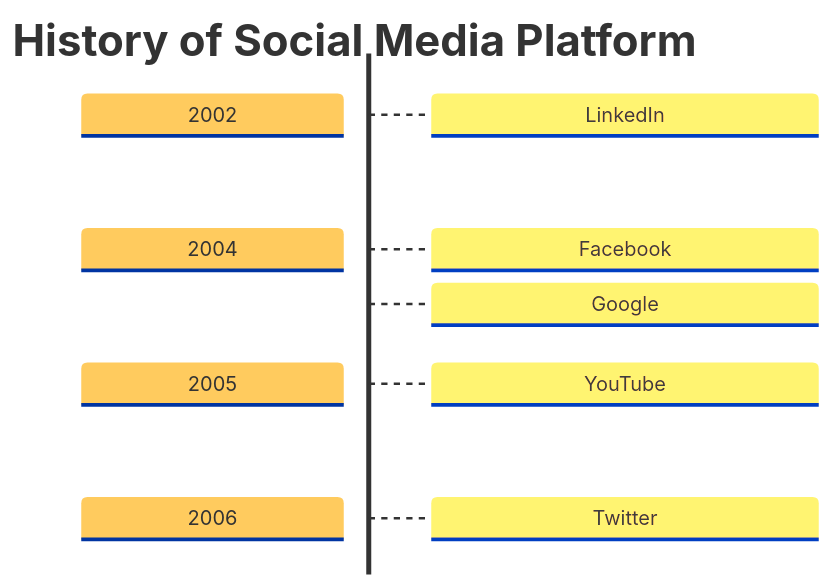
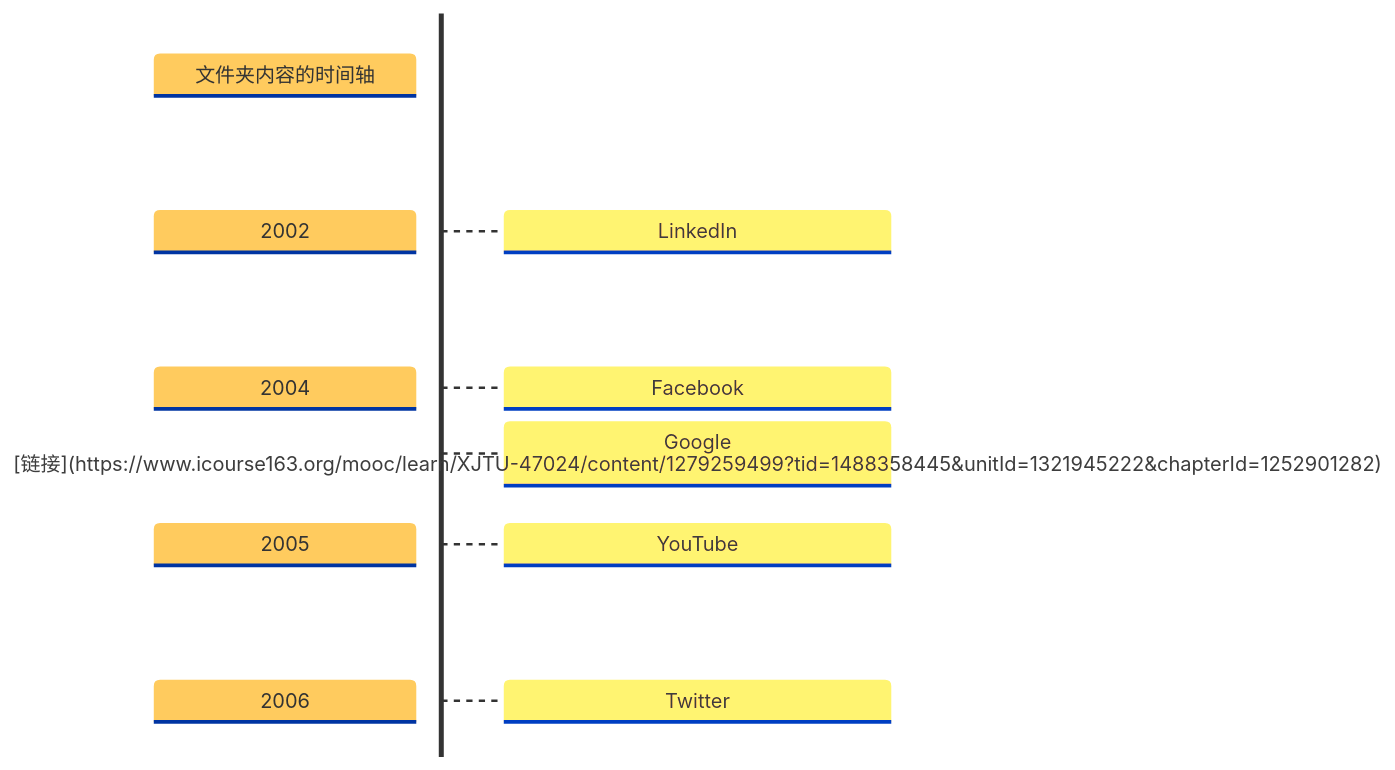
One commit to Gaoshu-root/Code-related-courses changed the diagram in 笔记封存/README.md. Above: the diagram before and after it, drawn with Mermaid.

````diff
--- a/笔记封存/README.md
+++ b/笔记封存/README.md
@@ -3,15 +3,15 @@
 ```mermaid
 ---
 config:
   logLevel: 'debug'
   theme: 'base'
   timeline:
     disableMulticolor: true
 ---
     timeline TD
-        title History of Social Media Platform
+        文件夹内容的时间轴
           2002 : LinkedIn
-          2004 : Facebook : Google
+          2004 : Facebook : Google [链接](https://www.icourse163.org/mooc/learn/XJTU-47024/content/1279259499?tid=1488358445&unitId=1321945222&chapterId=1252901282)
           2005 : YouTube
           2006 : Twitter
 ```
````
